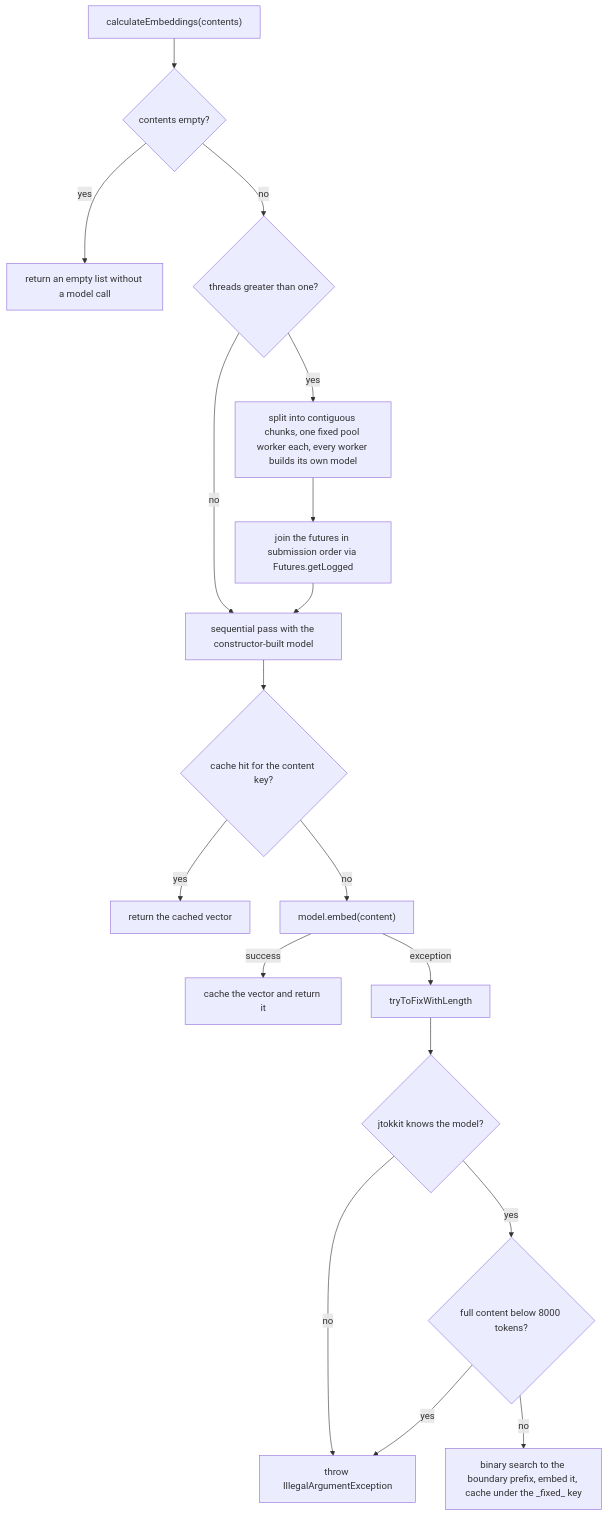
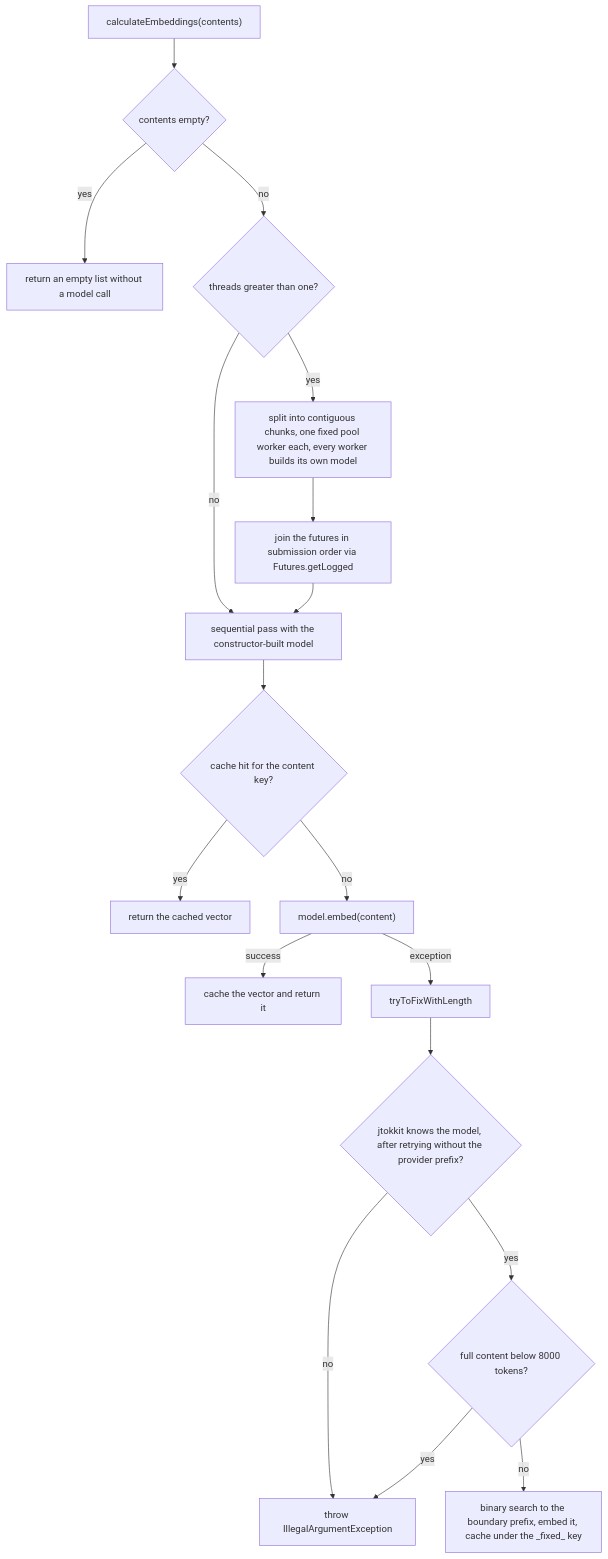
The diagram in openwiki/embeddings/embeddings.md (ardoco/llm-access), drawn with Mermaid before and after one commit. The commit also changed other lines of this file and 34 other files, not shown here.

````diff
--- a/openwiki/embeddings/embeddings.md
+++ b/openwiki/embeddings/embeddings.md
@@ -189,20 +202,20 @@
 ```mermaid
 flowchart TD
     START["calculateEmbeddings(contents)"] --> EMPTY{"contents empty?"}
     EMPTY -- "yes" --> EMPTYOUT["return an empty list without a model call"]
     EMPTY -- "no" --> PAR{"threads greater than one?"}
     PAR -- "no" --> SEQ["sequential pass with the constructor-built model"]
     PAR -- "yes" --> SPLIT["split into contiguous chunks, one fixed pool worker each, every worker builds its own model"]
     SPLIT --> JOIN["join the futures in submission order via Futures.getLogged"]
     JOIN --> SEQ
     SEQ --> HIT{"cache hit for the content key?"}
     HIT -- "yes" --> CACHED["return the cached vector"]
     HIT -- "no" --> EMBED["model.embed(content)"]
     EMBED -- "success" --> PUT["cache the vector and return it"]
     EMBED -- "exception" --> FIX["tryToFixWithLength"]
-    FIX --> KNOWN{"jtokkit knows the model?"}
+    FIX --> KNOWN{"jtokkit knows the model, after retrying without the provider prefix?"}
     KNOWN -- "no" --> THROW["throw IllegalArgumentException"]
     KNOWN -- "yes" --> TOK{"full content below 8000 tokens?"}
     TOK -- "yes" --> THROW
     TOK -- "no" --> BIN["binary search to the boundary prefix, embed it, cache under the _fixed_ key"]
 ```
````
